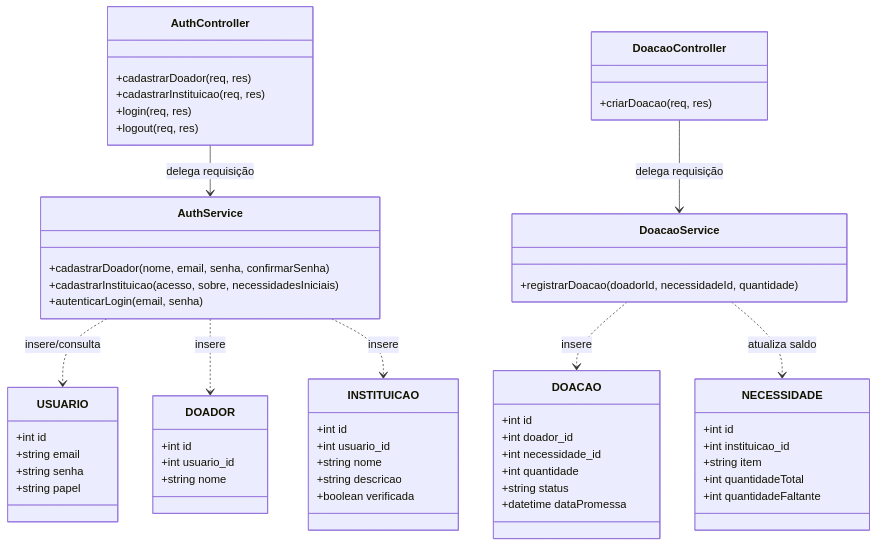
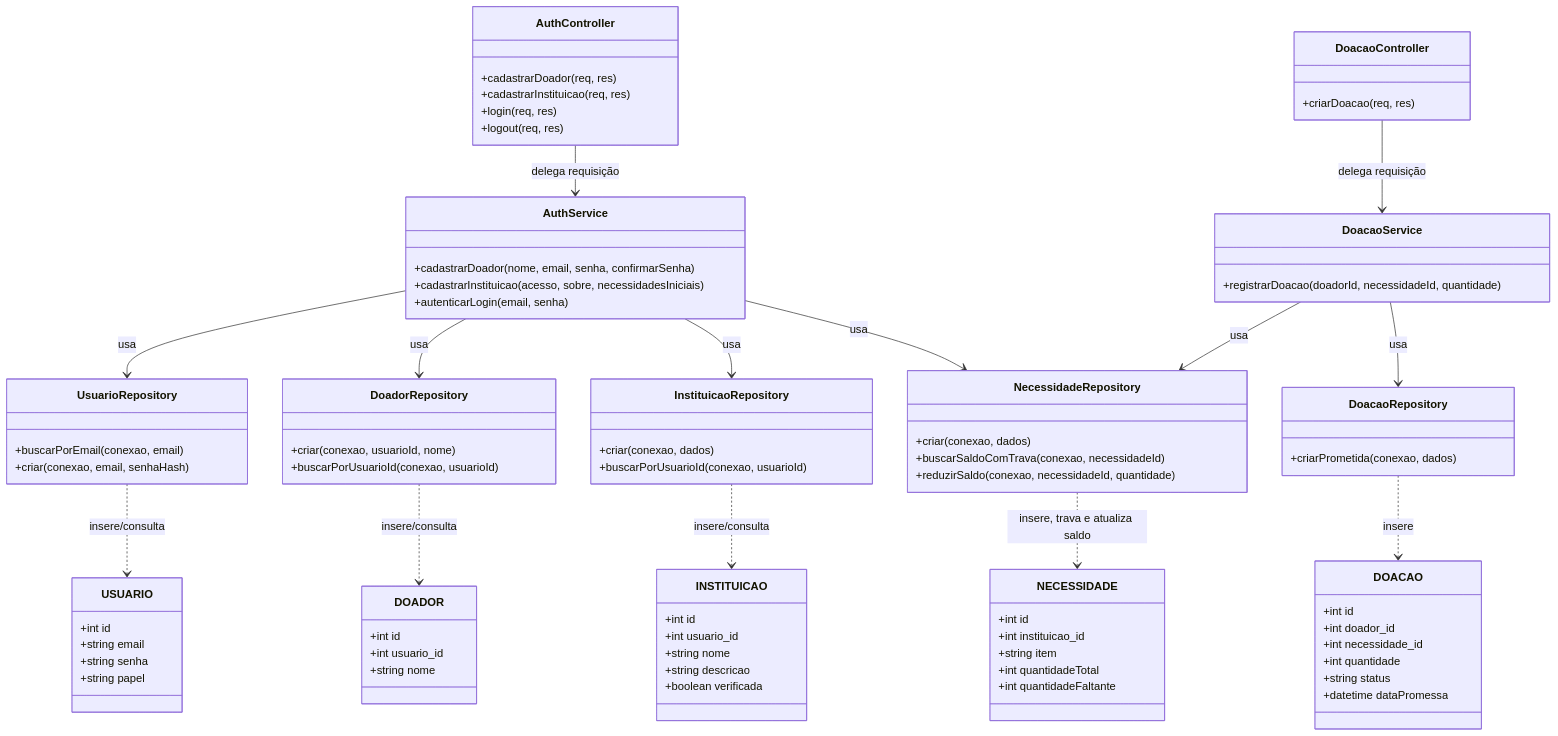
Before and after one commit to gigi-zacaroni/tp-eng-software: the second of 2 diagrams in docs/modelagem/modelagem.md, drawn with Mermaid. The commit also changed other lines of this file and 8 other files, not shown here.

````diff
--- a/docs/modelagem/modelagem.md
+++ b/docs/modelagem/modelagem.md
@@ -107,6 +107,32 @@
 
     class DoacaoService {
         +registrarDoacao(doadorId, necessidadeId, quantidade)
+    }
+
+    %% 2b. Camada de Repositories (Sprint 5, padrão Repository: único lugar com SQL)
+    class UsuarioRepository {
+        +buscarPorEmail(conexao, email)
+        +criar(conexao, email, senhaHash)
+    }
+
+    class DoadorRepository {
+        +criar(conexao, usuarioId, nome)
+        +buscarPorUsuarioId(conexao, usuarioId)
+    }
+
+    class InstituicaoRepository {
+        +criar(conexao, dados)
+        +buscarPorUsuarioId(conexao, usuarioId)
+    }
+
+    class NecessidadeRepository {
+        +criar(conexao, dados)
+        +buscarSaldoComTrava(conexao, necessidadeId)
+        +reduzirSaldo(conexao, necessidadeId, quantidade)
+    }
+
+    class DoacaoRepository {
+        +criarPrometida(conexao, dados)
     }
 
     %% 3. Entidades do Banco de Dados 
@@ -152,10 +178,16 @@
     AuthController --> AuthService : delega requisição
     DoacaoController --> DoacaoService : delega requisição
 
-    AuthService ..> USUARIO : insere/consulta
-    AuthService ..> DOADOR : insere
-    AuthService ..> INSTITUICAO : insere
-    
-    DoacaoService ..> DOACAO : insere
-    DoacaoService ..> NECESSIDADE : atualiza saldo
+    AuthService --> UsuarioRepository : usa
+    AuthService --> DoadorRepository : usa
+    AuthService --> InstituicaoRepository : usa
+    AuthService --> NecessidadeRepository : usa
+    DoacaoService --> NecessidadeRepository : usa
+    DoacaoService --> DoacaoRepository : usa
+
+    UsuarioRepository ..> USUARIO : insere/consulta
+    DoadorRepository ..> DOADOR : insere/consulta
+    InstituicaoRepository ..> INSTITUICAO : insere/consulta
+    NecessidadeRepository ..> NECESSIDADE : insere, trava e atualiza saldo
+    DoacaoRepository ..> DOACAO : insere
 ```
````
